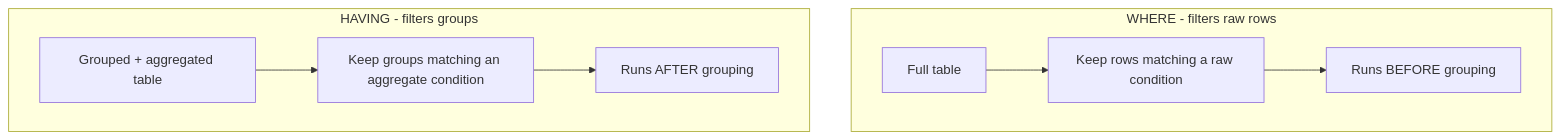
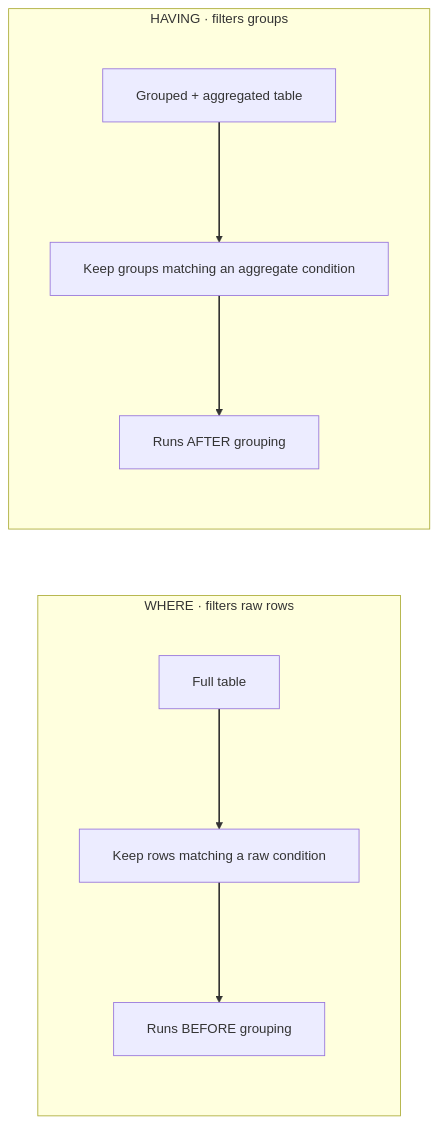
One commit to ritzrmx/Masai_Curriculum changed the second of 2 diagrams in IITP_AIML_Regional/IITP-GenAI-TA-I2606 & IITP-GenAI-TE-I-2608/Module-2/5.2 (Grouping for KPIs)/pre-read - Grouping for KPIs.md. Above: the diagram before and after it, drawn with Mermaid. The commit also changed other lines of this file and 42 other files, not shown here.

Commit message:
chore: standardize mermaid mental-map and pre-read styling

````diff
--- a/IITP_AIML_Regional/IITP-GenAI-TA-I2606 & IITP-GenAI-TE-I-2608/Module-2/5.2 (Grouping for KPIs)/pre-read - Grouping for KPIs.md
+++ b/IITP_AIML_Regional/IITP-GenAI-TA-I2606 & IITP-GenAI-TE-I-2608/Module-2/5.2 (Grouping for KPIs)/pre-read - Grouping for KPIs.md
@@ -154,11 +166,15 @@
 ```mermaid
-flowchart TB
-    subgraph left_side["WHERE - filters raw rows"]
+%%{init: {'themeVariables': {'fontSize': '16px'}, 'flowchart': {'useMaxWidth': false, 'htmlLabels': true, 'nodeSpacing': 80, 'rankSpacing': 120, 'wrappingWidth': 620, 'padding': 20}}}%%
+flowchart LR
+    subgraph left_side["WHERE · filters raw rows"]
         M1[Full table] --> M2[Keep rows matching a raw condition]
         M2 --> M3[Runs BEFORE grouping]
     end
-    subgraph right_side["HAVING - filters groups"]
+    subgraph right_side["HAVING · filters groups"]
         D1[Grouped + aggregated table] --> D2[Keep groups matching an aggregate condition]
         D2 --> D3[Runs AFTER grouping]
     end
+
+
+linkStyle default stroke-width:2px
 ```
````
